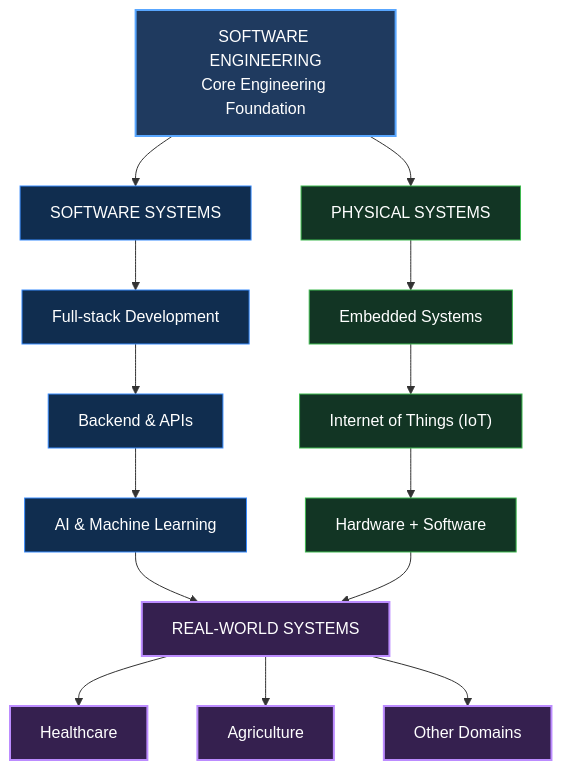
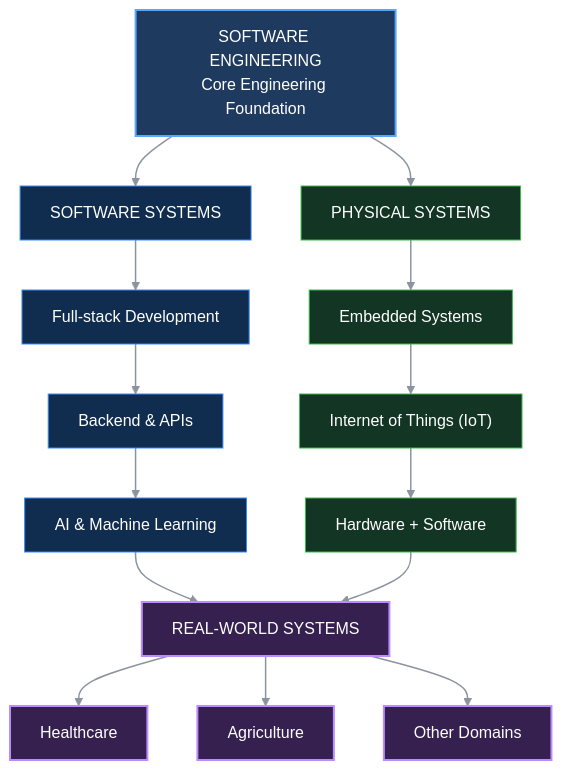
The diagram in README.md (benjaminagogo1/benjaminagogo1), drawn with Mermaid before and after one commit. The commit also changed other lines of this file, not shown here.

````diff
--- a/README.md
+++ b/README.md
@@ -30,35 +30,40 @@
 ```mermaid
 flowchart TB
     A["SOFTWARE ENGINEERING<br/>Core Engineering Foundation"]
 
     A --> B["SOFTWARE SYSTEMS"]
     A --> C["PHYSICAL SYSTEMS"]
 
     B --> D["Full-stack Development"]
     D --> E["Backend & APIs"]
     E --> F["AI & Machine Learning"]
 
     C --> G["Embedded Systems"]
     G --> H["Internet of Things (IoT)"]
     H --> I["Hardware + Software"]
 
     F --> J["REAL-WORLD SYSTEMS"]
     I --> J
 
     J --> K["Healthcare"]
     J --> L["Agriculture"]
     J --> M["Other Domains"]
 
     classDef foundation fill:#1f3a5f,stroke:#58a6ff,color:#ffffff,stroke-width:2px
     classDef software fill:#102d4f,stroke:#388bfd,color:#ffffff
     classDef physical fill:#123524,stroke:#3fb950,color:#ffffff
     classDef realworld fill:#35204f,stroke:#bc8cff,color:#ffffff,stroke-width:2px
 
     class A foundation
     class B,D,E,F software
     class C,G,H,I physical
     class J,K,L,M realworld
 
 
+    class A foundation
+    class B,D,E,F software
+    class C,G,H,I physical
+    class J,K,L,M realworld
 
+    linkStyle default stroke:#8b949e,stroke-width:1.5px
 ```
````
